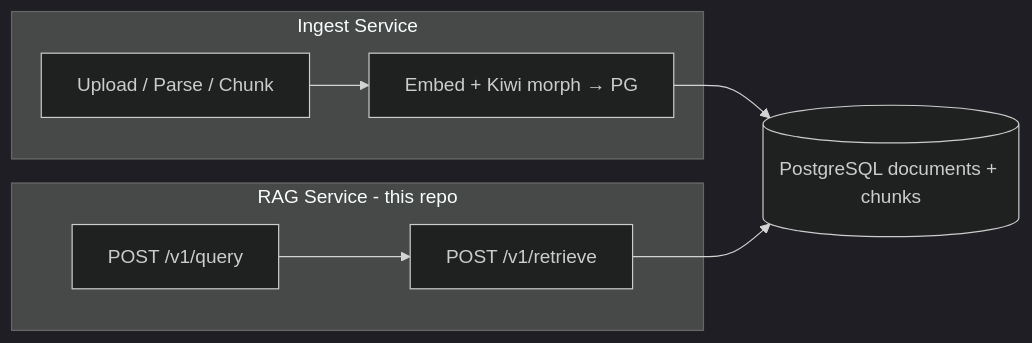
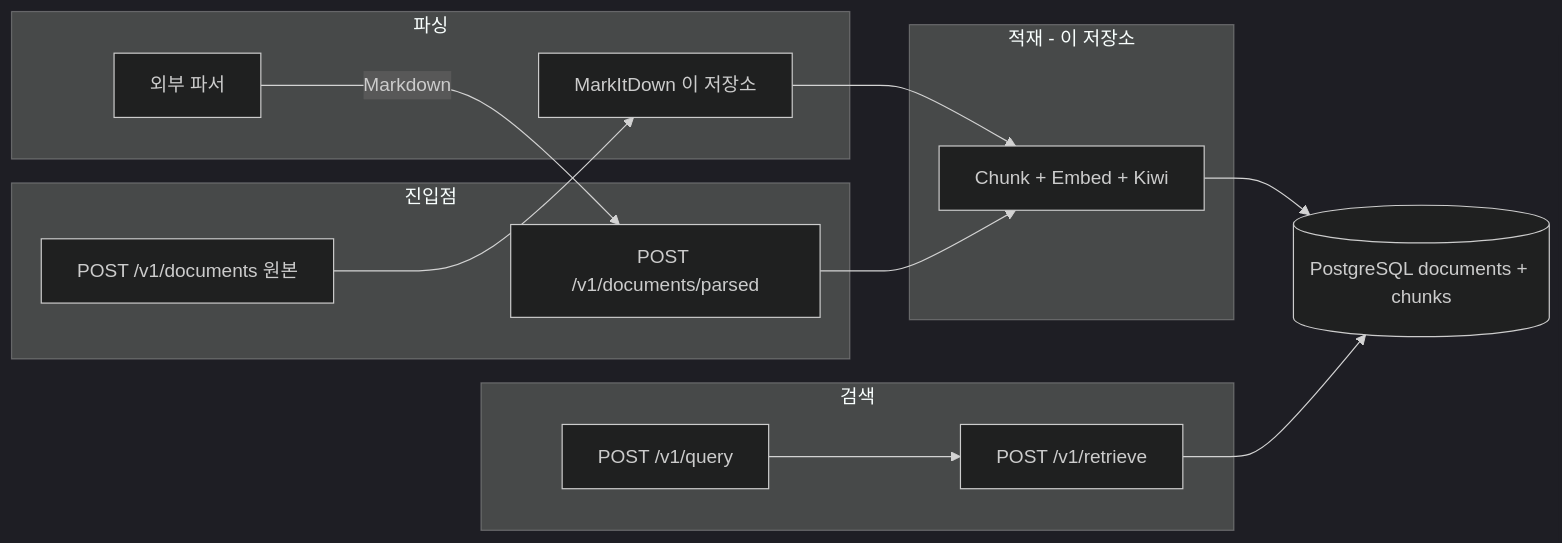
Before and after one commit to santarosalia/rag: the second of 2 diagrams in doc/ARCHITECTURE.md, drawn with Mermaid (dark theme). The commit also changed other lines of this file and 6 other files, not shown here.

````diff
--- a/doc/ARCHITECTURE.md
+++ b/doc/ARCHITECTURE.md
@@ -163,18 +163,29 @@
 ```mermaid
 flowchart LR
-  subgraph ingest_svc [Ingest Service]
-    Upload[Upload / Parse / Chunk]
-    IndexWrite[Embed + Kiwi morph → PG]
+  subgraph entry [진입점]
+    A[POST /v1/documents 원본]
+    B[POST /v1/documents/parsed]
   end
 
-  subgraph rag_svc [RAG Service - this repo]
+  subgraph parse [파싱]
+    MD[MarkItDown 이 저장소]
+    Ext[외부 파서]
+  end
+
+  subgraph load [적재 - 이 저장소]
+    Chunk[Chunk + Embed + Kiwi]
+  end
+
+  subgraph rag_svc [검색]
     Retrieve[POST /v1/retrieve]
     Query[POST /v1/query]
   end
 
   PG[(PostgreSQL documents + chunks)]
 
-  Upload --> IndexWrite --> PG
+  A --> MD --> Chunk
+  Ext -->|Markdown| B --> Chunk
+  Chunk --> PG
   Retrieve --> PG
   Query --> Retrieve
 ```
````
